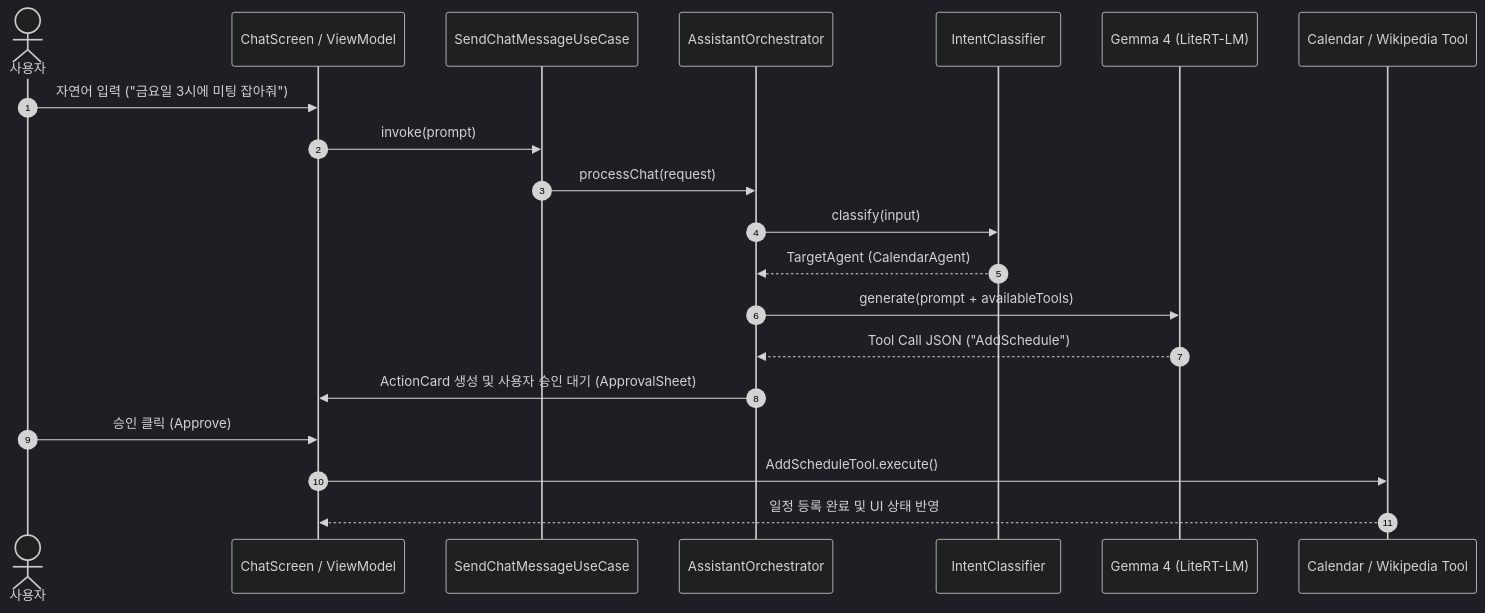
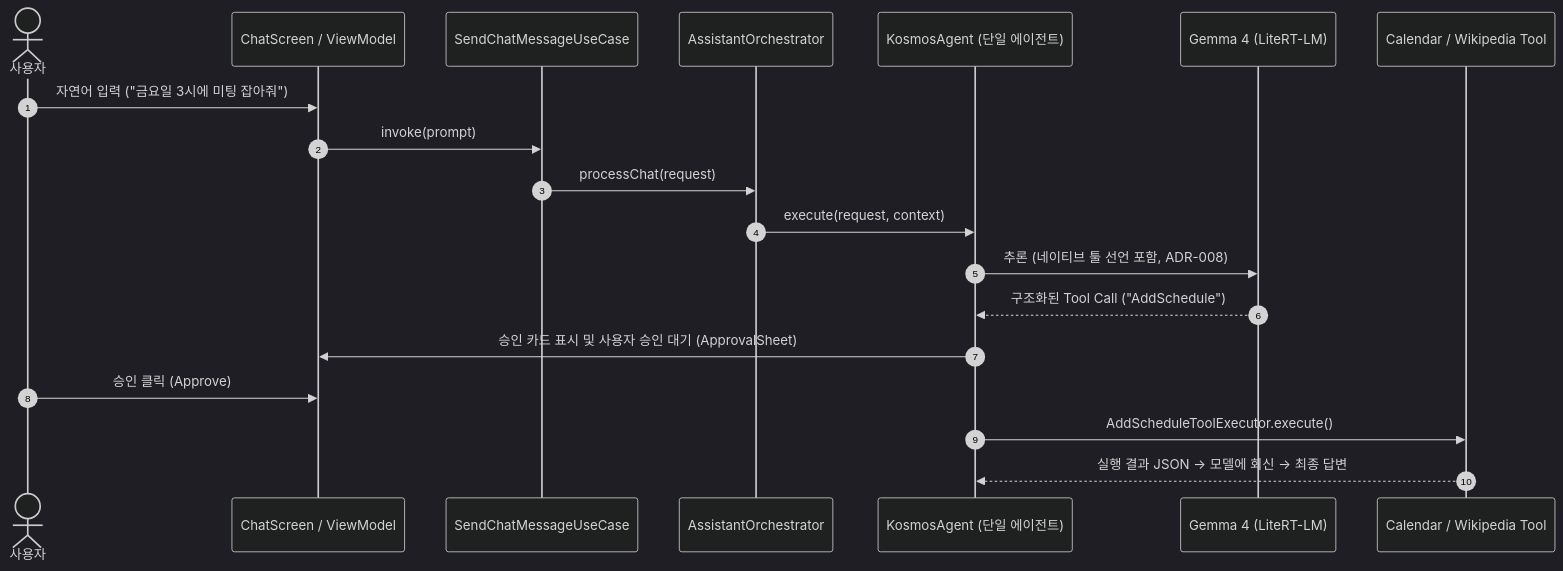
One commit to kang987654/lets_meet_on_friday changed the second of 2 diagrams in README.md. Above: the diagram before and after it, drawn with Mermaid (dark theme). The commit also changed other lines of this file and 6 other files, not shown here.

````diff
--- a/README.md
+++ b/README.md
@@ -56,23 +56,22 @@
 ```mermaid
 sequenceDiagram
     autonumber
     actor User as 사용자
     participant UI as ChatScreen / ViewModel
     participant UseCase as SendChatMessageUseCase
     participant Orchestrator as AssistantOrchestrator
-    participant Classifier as IntentClassifier
+    participant Agent as KosmosAgent (단일 에이전트)
     participant Model as Gemma 4 (LiteRT-LM)
     participant Tool as Calendar / Wikipedia Tool
 
     User->>UI: 자연어 입력 ("금요일 3시에 미팅 잡아줘")
     UI->>UseCase: invoke(prompt)
     UseCase->>Orchestrator: processChat(request)
-    Orchestrator->>Classifier: classify(input)
-    Classifier-->>Orchestrator: TargetAgent (CalendarAgent)
-    Orchestrator->>Model: generate(prompt + availableTools)
-    Model-->>Orchestrator: Tool Call JSON ("AddSchedule")
-    Orchestrator->>UI: ActionCard 생성 및 사용자 승인 대기 (ApprovalSheet)
+    Orchestrator->>Agent: execute(request, context)
+    Agent->>Model: 추론 (네이티브 툴 선언 포함, ADR-008)
+    Model-->>Agent: 구조화된 Tool Call ("AddSchedule")
+    Agent->>UI: 승인 카드 표시 및 사용자 승인 대기 (ApprovalSheet)
     User->>UI: 승인 클릭 (Approve)
-    UI->>Tool: AddScheduleTool.execute()
-    Tool-->>UI: 일정 등록 완료 및 UI 상태 반영
+    Agent->>Tool: AddScheduleToolExecutor.execute()
+    Tool-->>Agent: 실행 결과 JSON → 모델에 회신 → 최종 답변
 ```
````
